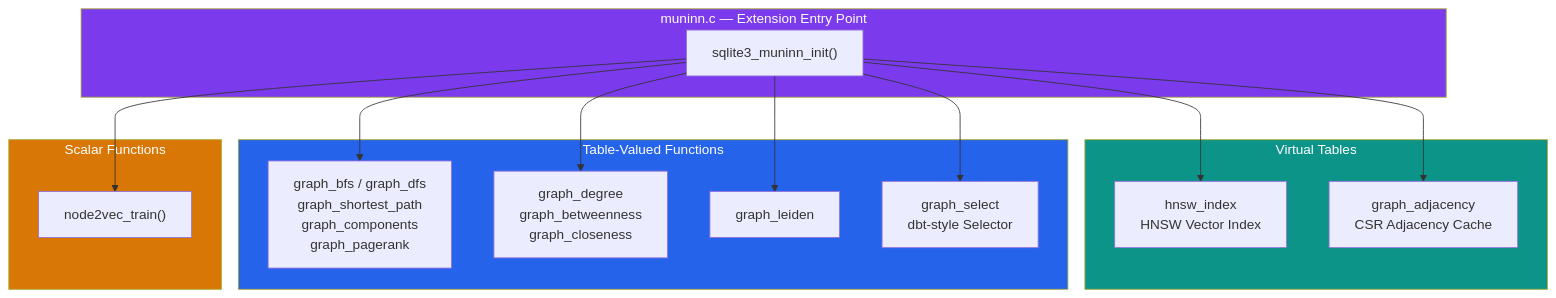
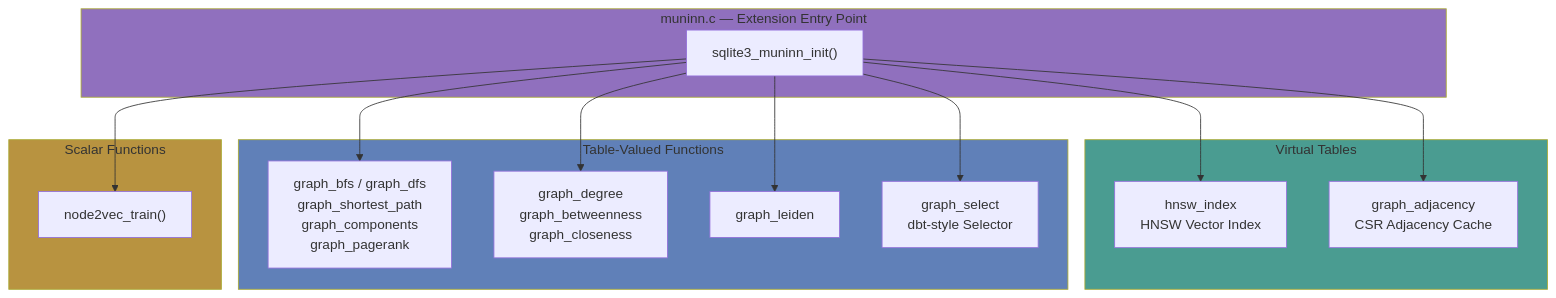
The first of 2 diagrams in docs/architecture.md (neozenith/sqlite-muninn), drawn with Mermaid before and after one commit. The commit also changed other lines of this file and 7 other files, not shown here.

````diff
--- a/docs/architecture.md
+++ b/docs/architecture.md
@@ -9,35 +9,35 @@
 ```mermaid
 flowchart TB
     subgraph entry["muninn.c — Extension Entry Point"]
         init["sqlite3_muninn_init()"]
     end
 
     subgraph vt["Virtual Tables"]
         hnsw["hnsw_index<br/>HNSW Vector Index"]
         adj["graph_adjacency<br/>CSR Adjacency Cache"]
     end
 
     subgraph tvf["Table-Valued Functions"]
         traversal["graph_bfs / graph_dfs<br/>graph_shortest_path<br/>graph_components<br/>graph_pagerank"]
         centrality["graph_degree<br/>graph_betweenness<br/>graph_closeness"]
         community["graph_leiden"]
         select["graph_select<br/>dbt-style Selector"]
     end
 
     subgraph scalar["Scalar Functions"]
         n2v["node2vec_train()"]
     end
 
     init --> hnsw
     init --> adj
     init --> traversal
     init --> centrality
     init --> community
     init --> select
     init --> n2v
 
-    style entry fill:#7c3aed,color:#fff
-    style vt fill:#0d9488,color:#fff
-    style tvf fill:#2563eb,color:#fff
-    style scalar fill:#d97706,color:#fff
+    style entry fill:#9070be
+    style vt fill:#4a9c91
+    style tvf fill:#6080b8
+    style scalar fill:#b89340
 ```
````
